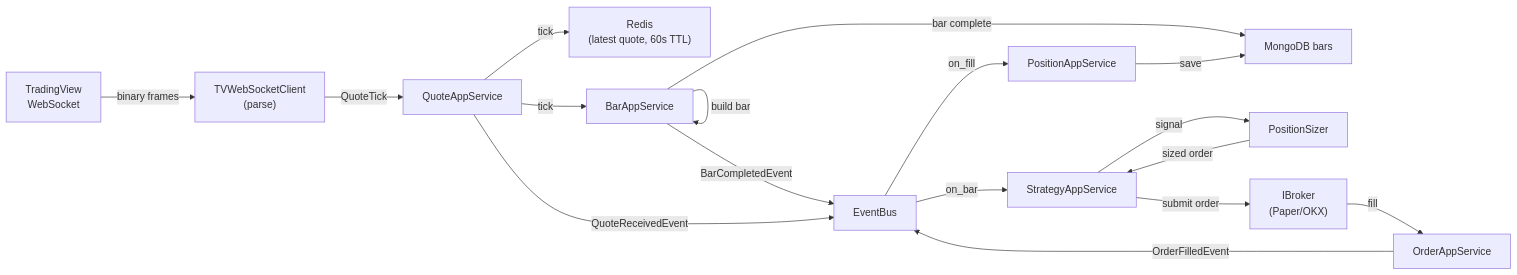
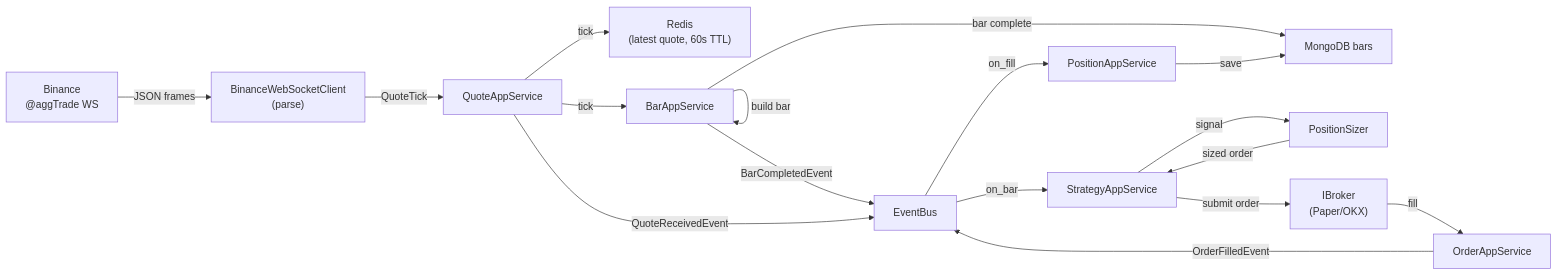
One commit to camping89/pocketquant changed the fourth of 4 diagrams in docs/architecture-visual-map.md. Above: the diagram before and after it, drawn with Mermaid. The commit also changed other lines of this file and 12 other files, not shown here.

````diff
--- a/docs/architecture-visual-map.md
+++ b/docs/architecture-visual-map.md
@@ -270,19 +270,19 @@
 ```mermaid
 flowchart LR
-    TV["TradingView<br/>WebSocket"] -->|binary frames| TVWS["TVWebSocketClient<br/>(parse)"]
-    TVWS -->|QuoteTick| QS["QuoteAppService"]
+    BN["Binance<br/>@aggTrade WS"] -->|JSON frames| BWS["BinanceWebSocketClient<br/>(parse)"]
+    BWS -->|QuoteTick| QS["QuoteAppService"]
     QS -->|tick| Redis["Redis<br/>(latest quote, 60s TTL)"]
     QS -->|tick| BM["BarAppService"]
     BM -->|build bar| BM
     BM -->|bar complete| Mongo["MongoDB bars"]
     BM -->|BarCompletedEvent| EB["EventBus"]
     QS -->|QuoteReceivedEvent| EB
     EB -->|on_bar| SE["StrategyAppService"]
     SE -->|signal| Risk["PositionSizer"]
     Risk -->|sized order| SE
     SE -->|submit order| Broker["IBroker<br/>(Paper/OKX)"]
     Broker -->|fill| OM["OrderAppService"]
     OM -->|OrderFilledEvent| EB
     EB -->|on_fill| PT["PositionAppService"]
     PT -->|save| Mongo
 ```
````
